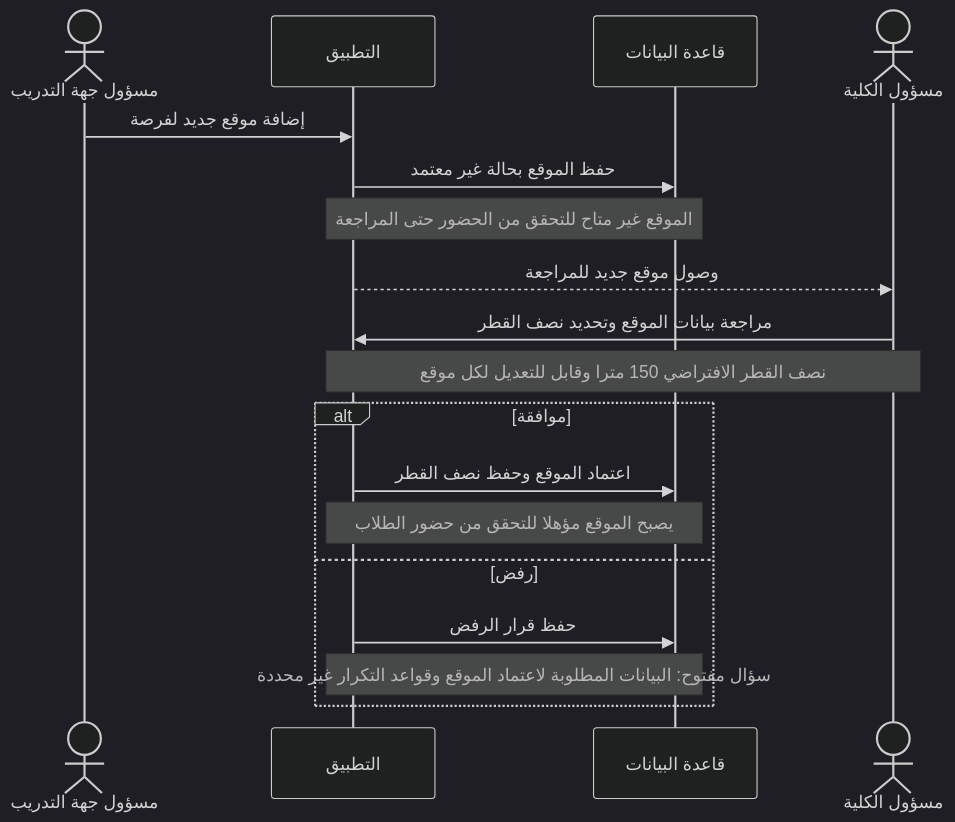
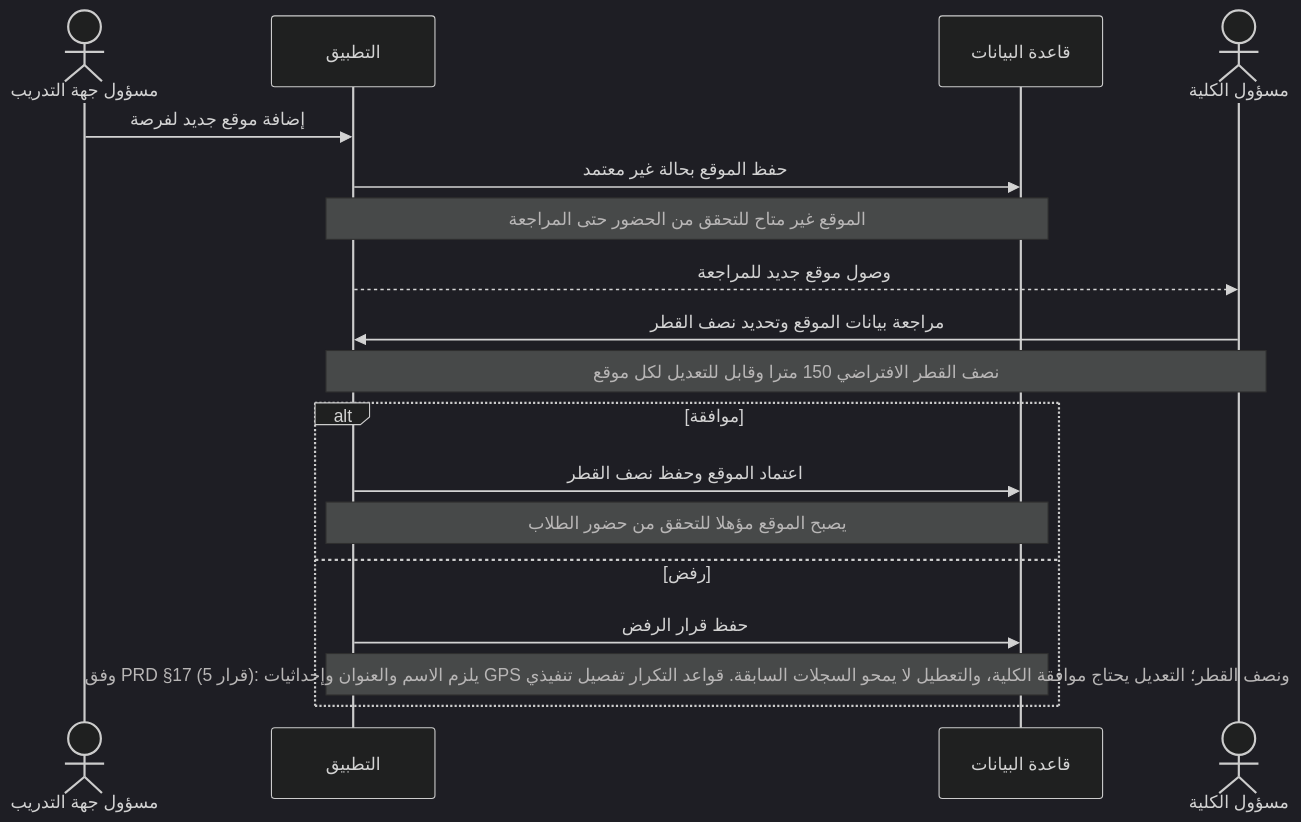
One commit to lamasaleh241-bit/university-field-training-management-system changed the ninth of 10 diagrams in docs/diagrams/sequence-diagrams.md. Above: the diagram before and after it, drawn with Mermaid (dark theme). The commit also changed other lines of this file, not shown here.

Commit message:
docs: reconcile approved PRD decisions across project specifications

````diff
--- a/docs/diagrams/sequence-diagrams.md
+++ b/docs/diagrams/sequence-diagrams.md
@@ -350,23 +350,23 @@
 ```mermaid
 sequenceDiagram
     actor PA as مسؤول جهة التدريب
     participant A as التطبيق
     participant D as قاعدة البيانات
     actor CA as مسؤول الكلية
 
     PA->>A: إضافة موقع جديد لفرصة
     A->>D: حفظ الموقع بحالة غير معتمد
     Note over A,D: الموقع غير متاح للتحقق من الحضور حتى المراجعة
     A-->>CA: وصول موقع جديد للمراجعة
 
     CA->>A: مراجعة بيانات الموقع وتحديد نصف القطر
     Note over CA,A: نصف القطر الافتراضي 150 مترا وقابل للتعديل لكل موقع
 
     alt موافقة
         A->>D: اعتماد الموقع وحفظ نصف القطر
         Note over A,D: يصبح الموقع مؤهلا للتحقق من حضور الطلاب
     else رفض
         A->>D: حفظ قرار الرفض
-        Note over A,D: سؤال مفتوح: البيانات المطلوبة لاعتماد الموقع وقواعد التكرار غير محددة
+        Note over A,D: وفق PRD §17 (قرار 5): يلزم الاسم والعنوان وإحداثيات GPS ونصف القطر؛ التعديل يحتاج موافقة الكلية، والتعطيل لا يمحو السجلات السابقة. قواعد التكرار تفصيل تنفيذي
     end
 ```
````
